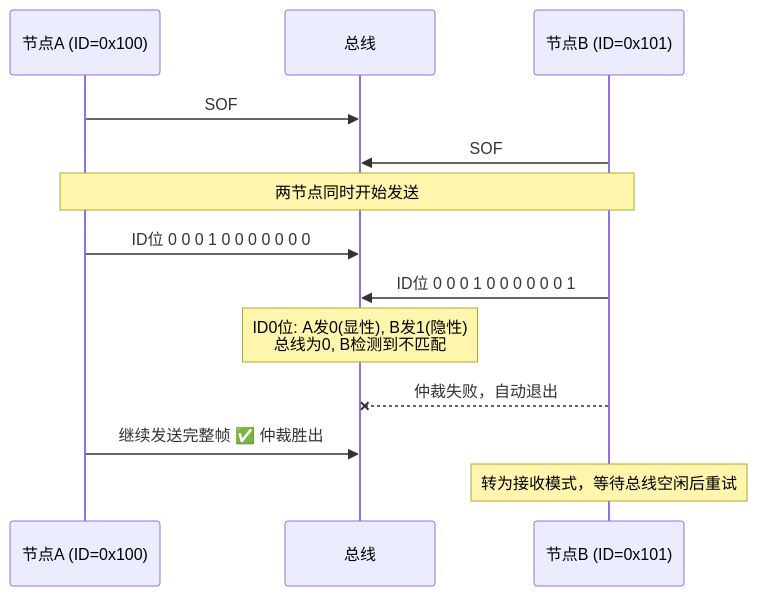
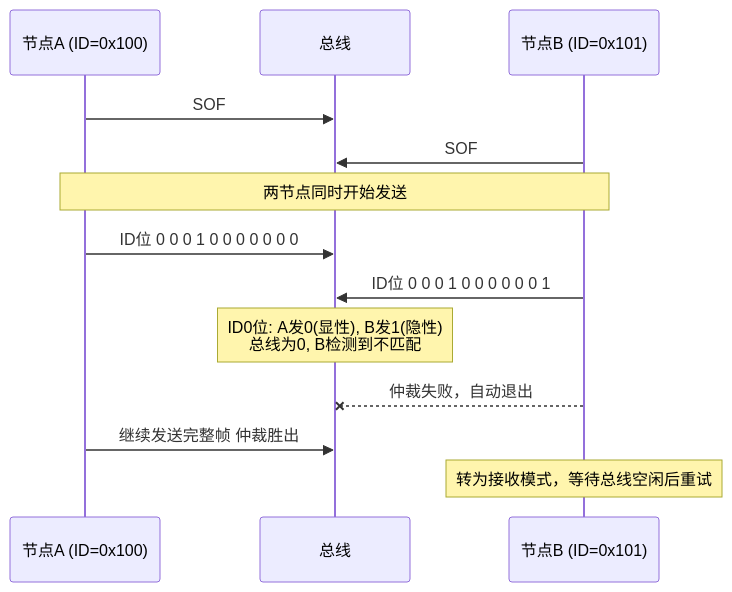
One commit to null42/null42.github.io changed the third of 11 diagrams in content/motor/communication/COM-01-CAN-Basics.md. Above: the diagram before and after it, drawn with Mermaid. The commit also changed other lines of this file and 1815 other files, not shown here.

````diff
--- a/content/motor/communication/COM-01-CAN-Basics.md
+++ b/content/motor/communication/COM-01-CAN-Basics.md
@@ -160,15 +160,15 @@
 ```mermaid
 sequenceDiagram
     participant A as 节点A (ID=0x100)
     participant Bus as 总线
     participant B as 节点B (ID=0x101)
     A->>Bus: SOF
     B->>Bus: SOF
     Note over A,B: 两节点同时开始发送
     A->>Bus: ID位 0 0 0 1 0 0 0 0 0 0 0
     B->>Bus: ID位 0 0 0 1 0 0 0 0 0 0 1
     Note over Bus: ID0位: A发0(显性), B发1(隐性)<br/>总线为0, B检测到不匹配
     B--xBus: 仲裁失败，自动退出
-    A->>Bus: 继续发送完整帧 ✅ 仲裁胜出
+    A->>Bus: 继续发送完整帧  仲裁胜出
     Note over B: 转为接收模式，等待总线空闲后重试
 ```
````
